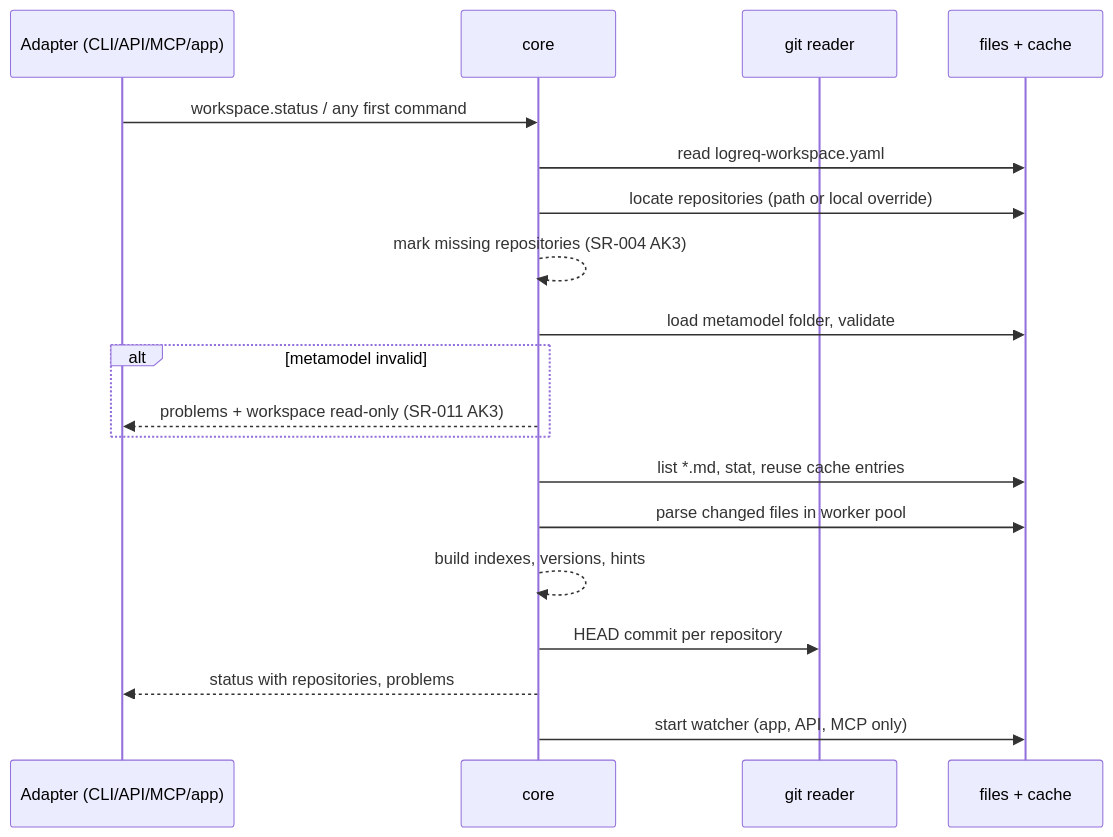
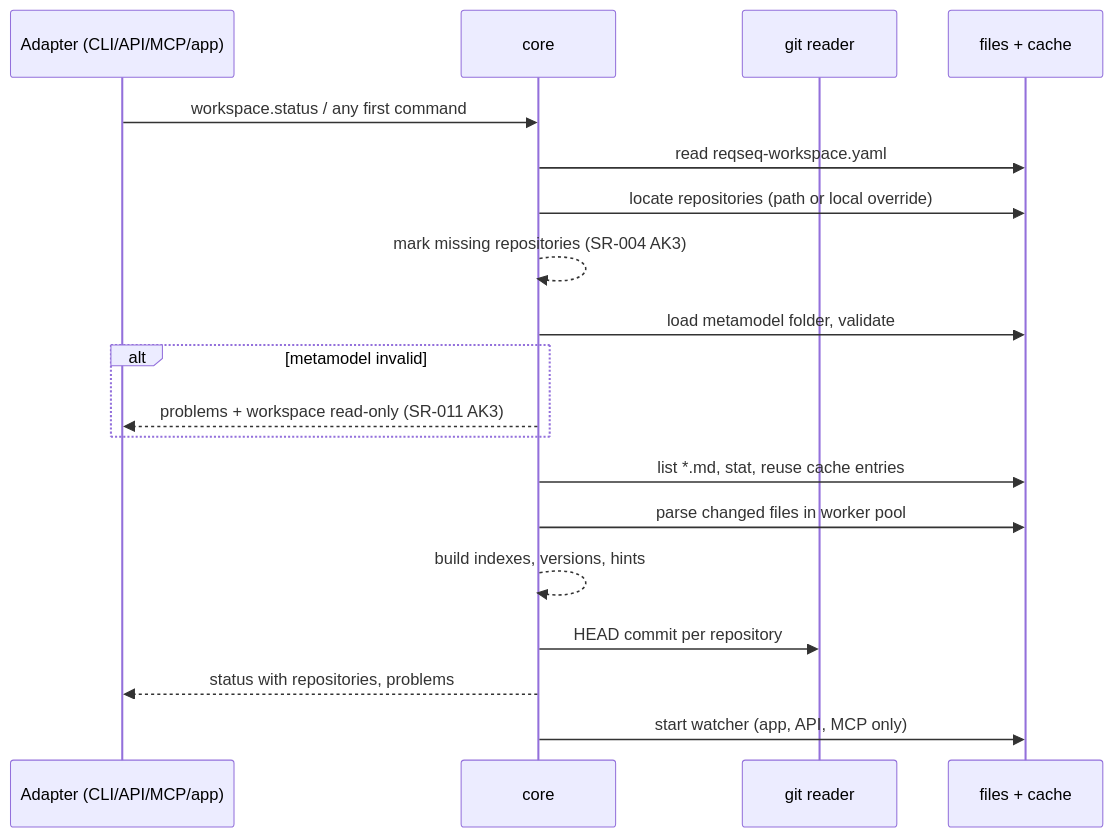
One commit to ThomasBirkmaier/ReqSeq changed the third of 4 diagrams in docs/architecture/README.md. Above: the diagram before and after it, drawn with Mermaid. The commit also changed other lines of this file and 60 other files, not shown here.

````diff
--- a/docs/architecture/README.md
+++ b/docs/architecture/README.md
@@ -174,21 +174,21 @@
 ```mermaid
 sequenceDiagram
   participant A as Adapter (CLI/API/MCP/app)
   participant C as core
   participant G as git reader
   participant FS as files + cache
   A->>C: workspace.status / any first command
-  C->>FS: read logreq-workspace.yaml
+  C->>FS: read reqseq-workspace.yaml
   C->>FS: locate repositories (path or local override)
   C-->>C: mark missing repositories (SR-004 AK3)
   C->>FS: load metamodel folder, validate
   alt metamodel invalid
     C-->>A: problems + workspace read-only (SR-011 AK3)
   end
   C->>FS: list *.md, stat, reuse cache entries
   C->>FS: parse changed files in worker pool
   C-->>C: build indexes, versions, hints
   C->>G: HEAD commit per repository
   C-->>A: status with repositories, problems
   C->>FS: start watcher (app, API, MCP only)
 ```
````
